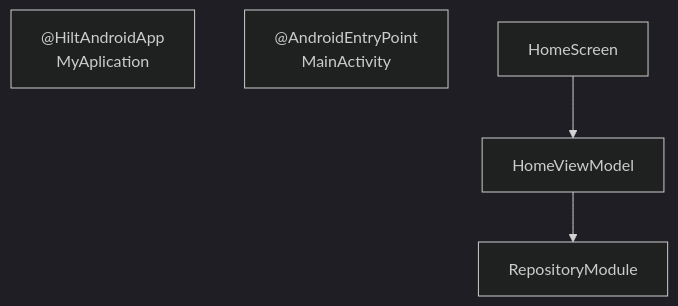
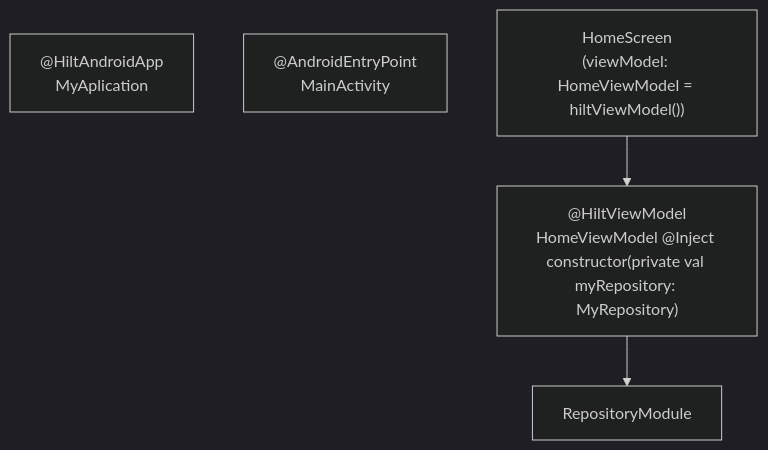
Before and after one commit to Ango1eiro/MySnippets: the diagram in Android/DI/Hilt/HiltComposeExample.md, drawn with Mermaid (dark theme).

````diff
--- a/Android/DI/Hilt/HiltComposeExample.md
+++ b/Android/DI/Hilt/HiltComposeExample.md
@@ -3,12 +3,12 @@
 ```mermaid
 
 
 
 graph TD;
     MyApplication["@HiltAndroidApp<br>MyAplication"];
     MainActivity["@AndroidEntryPoint<br>MainActivity"];
-    HomeScreen-->HomeViewModel;
-    HomeViewModel-->RepositoryModule;
+    HomeScreen["HomeScreen<br>(viewModel: HomeViewModel = hiltViewModel())"]-->HomeViewModel;
+    HomeViewModel["@HiltViewModel<br>HomeViewModel @Inject constructor(private val myRepository: MyRepository)"]-->RepositoryModule;
     
 
 ```
````
